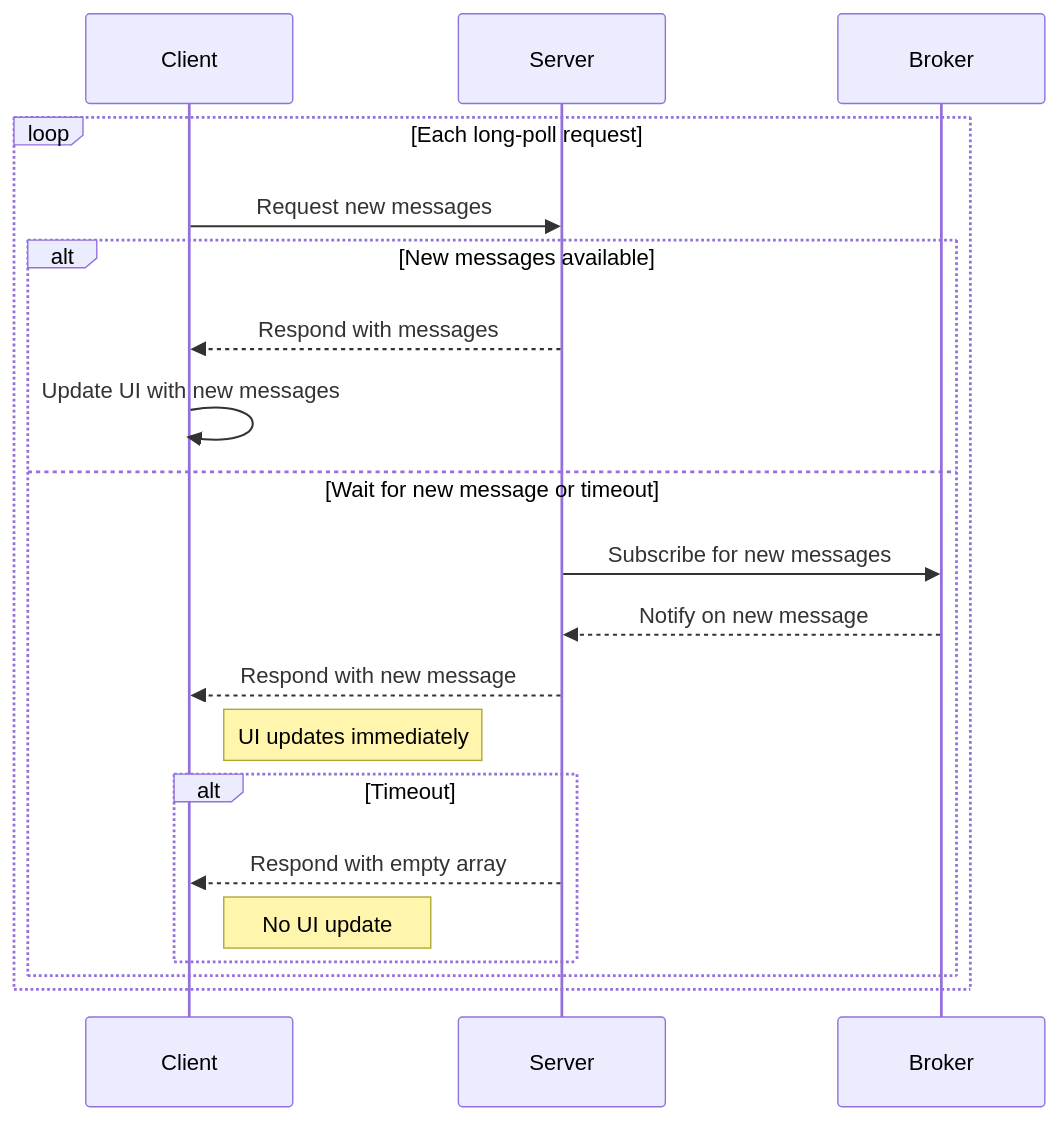
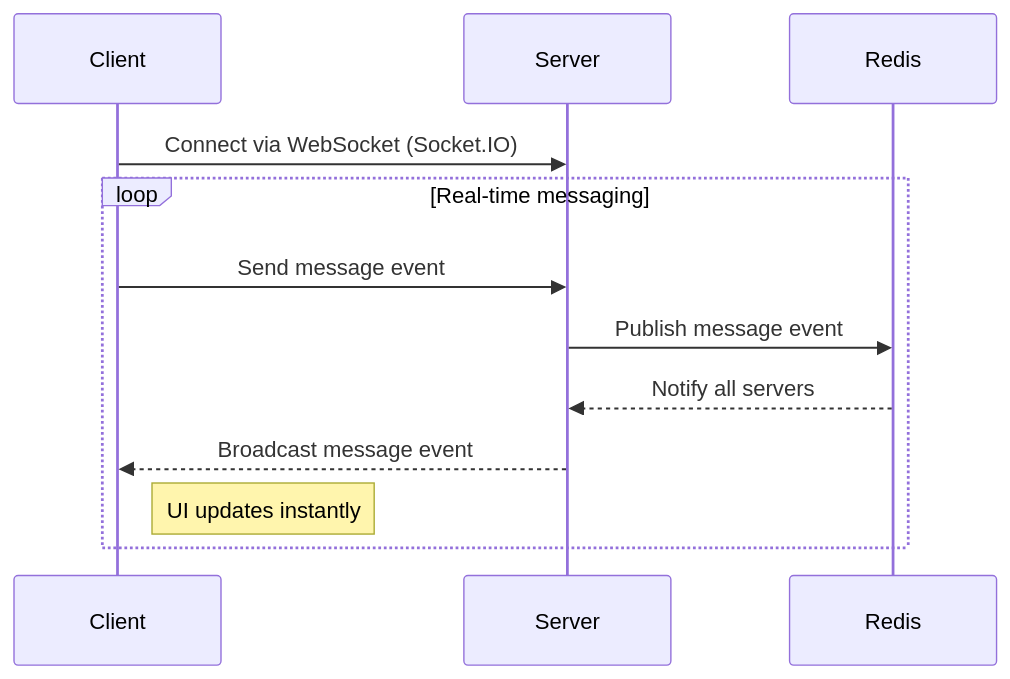
The diagram in web-sockets/README.md (Zomino/realtime-patterns), drawn with Mermaid before and after one commit. The commit also changed other lines of this file and 61 other files, not shown here.

````diff
--- a/web-sockets/README.md
+++ b/web-sockets/README.md
@@ -12,24 +11,15 @@
 ```mermaid
 sequenceDiagram
     participant Client
     participant Server
-    participant Broker
+    participant Redis
 
-    loop Each long-poll request
-        Client->>Server: Request new messages
-        alt New messages available
-            Server-->>Client: Respond with messages
-            Client->>Client: Update UI with new messages
-        else Wait for new message or timeout
-            Server->>Broker: Subscribe for new messages
-            Broker-->>Server: Notify on new message
-            Server-->>Client: Respond with new message
-            Note right of Client: UI updates immediately
-            alt Timeout
-                Server-->>Client: Respond with empty array
-                Note right of Client: No UI update
-            end
-        end
+    Client->>Server: Connect via WebSocket (Socket.IO)
+    loop Real-time messaging
+        Client->>Server: Send message event
+        Server->>Redis: Publish message event
+        Redis-->>Server: Notify all servers
+        Server-->>Client: Broadcast message event
+        Note right of Client: UI updates instantly
     end
-
 ```
````
